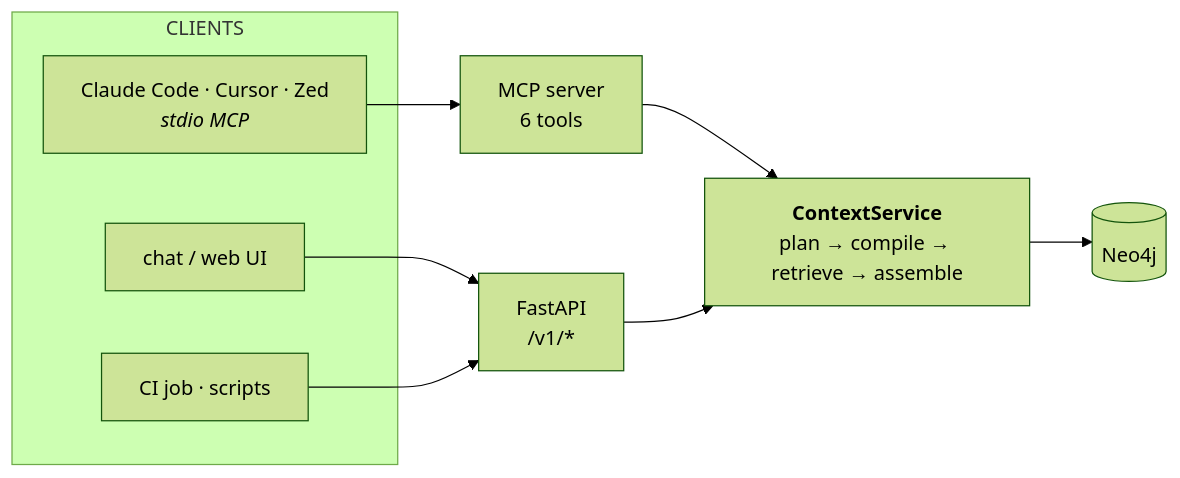
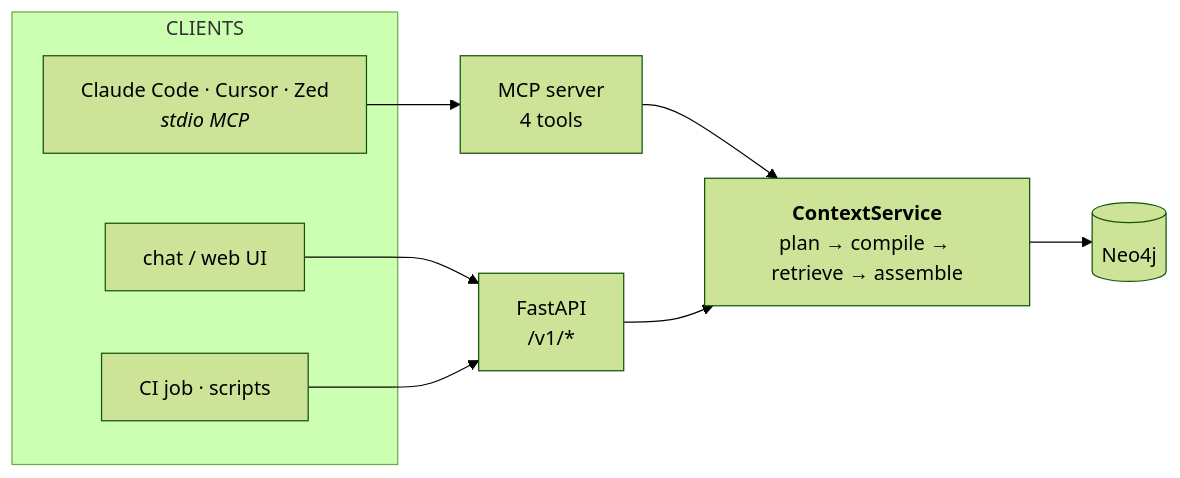
Before and after one commit to Olek-on4/winning-context-app: the diagram in docs/07-api-and-mcp.md, drawn with Mermaid (forest theme). The commit also changed other lines of this file and 85 other files, not shown here.

````diff
--- a/docs/07-api-and-mcp.md
+++ b/docs/07-api-and-mcp.md
@@ -8,14 +8,14 @@
 ```mermaid
 flowchart LR
     subgraph CLIENTS
         A["Claude Code · Cursor · Zed<br/><i>stdio MCP</i>"]
         B["chat / web UI"]
         C["CI job · scripts"]
     end
-    A --> MCP["MCP server<br/>6 tools"]
+    A --> MCP["MCP server<br/>4 tools"]
     B --> REST
     C --> REST["FastAPI<br/>/v1/*"]
     MCP --> SVC["<b>ContextService</b><br/>plan → compile → retrieve → assemble"]
     REST --> SVC
     SVC --> NEO[(Neo4j)]
 ```
````
